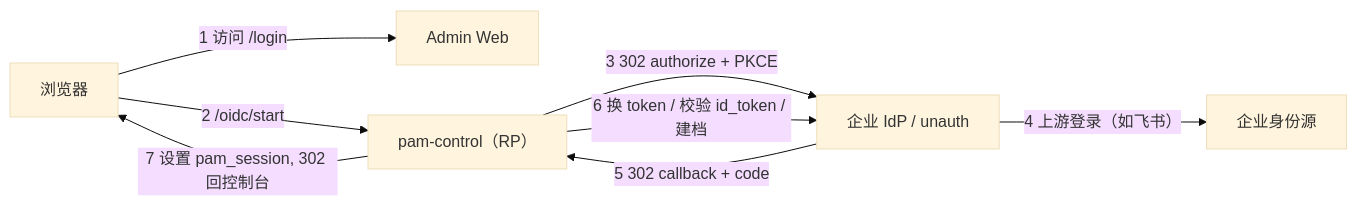
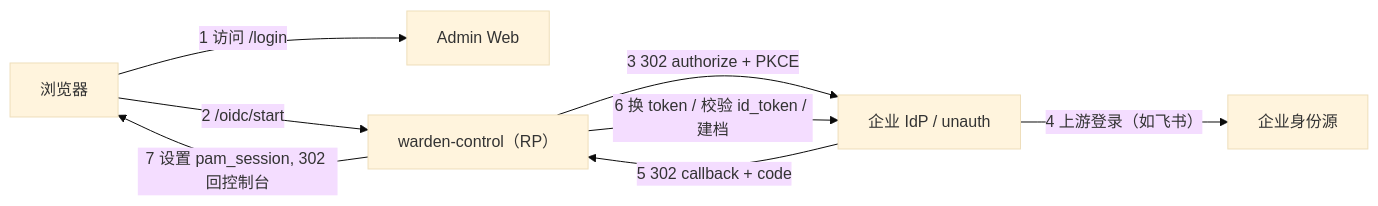
Before and after one commit to warden-platform/warden: the diagram in docs/oidc-setup.md, drawn with Mermaid (base theme). The commit also changed other lines of this file and 236 other files, not shown here.

First line of the commit message:
refactor!: rename project from PAM/HighTower to Warden

````diff
--- a/docs/oidc-setup.md
+++ b/docs/oidc-setup.md
@@ -16,10 +16,10 @@
 ```mermaid
 flowchart LR
     B["浏览器"] -->|1 访问 /login| WEB["Admin Web"]
-    B -->|2 /oidc/start| PAM["pam-control（RP）"]
-    PAM -->|3 302 authorize + PKCE| IDP["企业 IdP / unauth"]
+    B -->|2 /oidc/start| Warden["warden-control（RP）"]
+    Warden -->|3 302 authorize + PKCE| IDP["企业 IdP / unauth"]
     IDP -->|4 上游登录（如飞书）| UP["企业身份源"]
-    IDP -->|5 302 callback + code| PAM
-    PAM -->|6 换 token / 校验 id_token / 建档| IDP
-    PAM -->|7 设置 pam_session, 302 回控制台| B
+    IDP -->|5 302 callback + code| Warden
+    Warden -->|6 换 token / 校验 id_token / 建档| IDP
+    Warden -->|7 设置 pam_session, 302 回控制台| B
 ```
````
